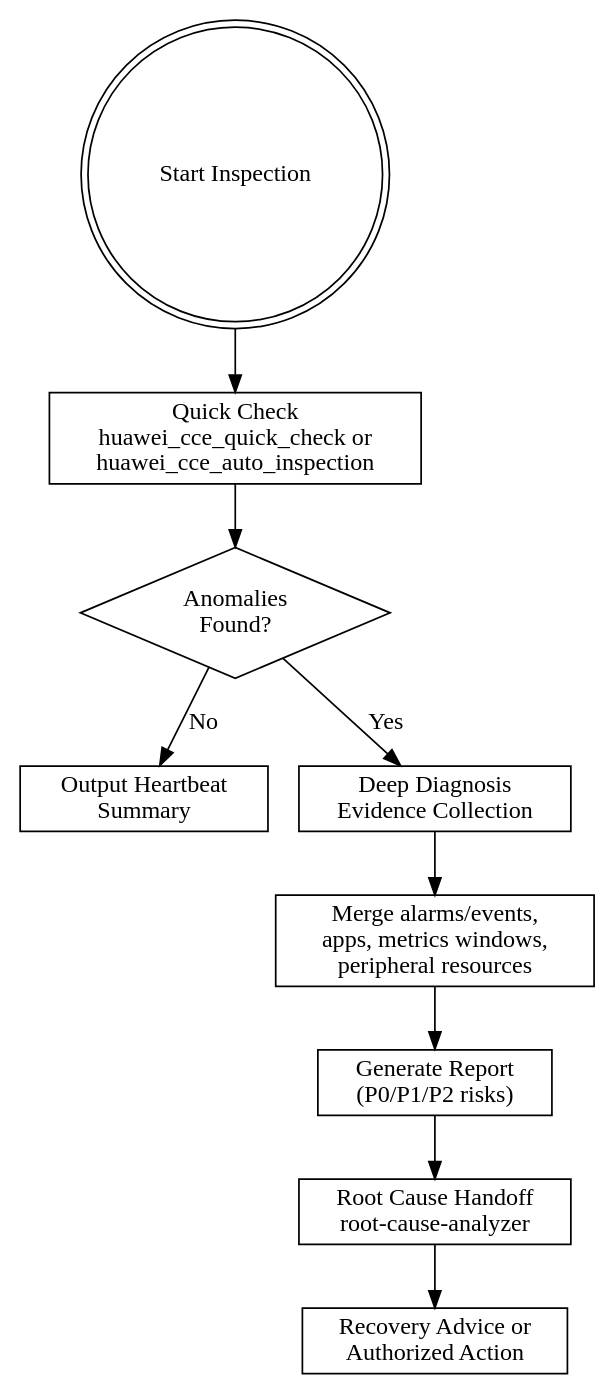
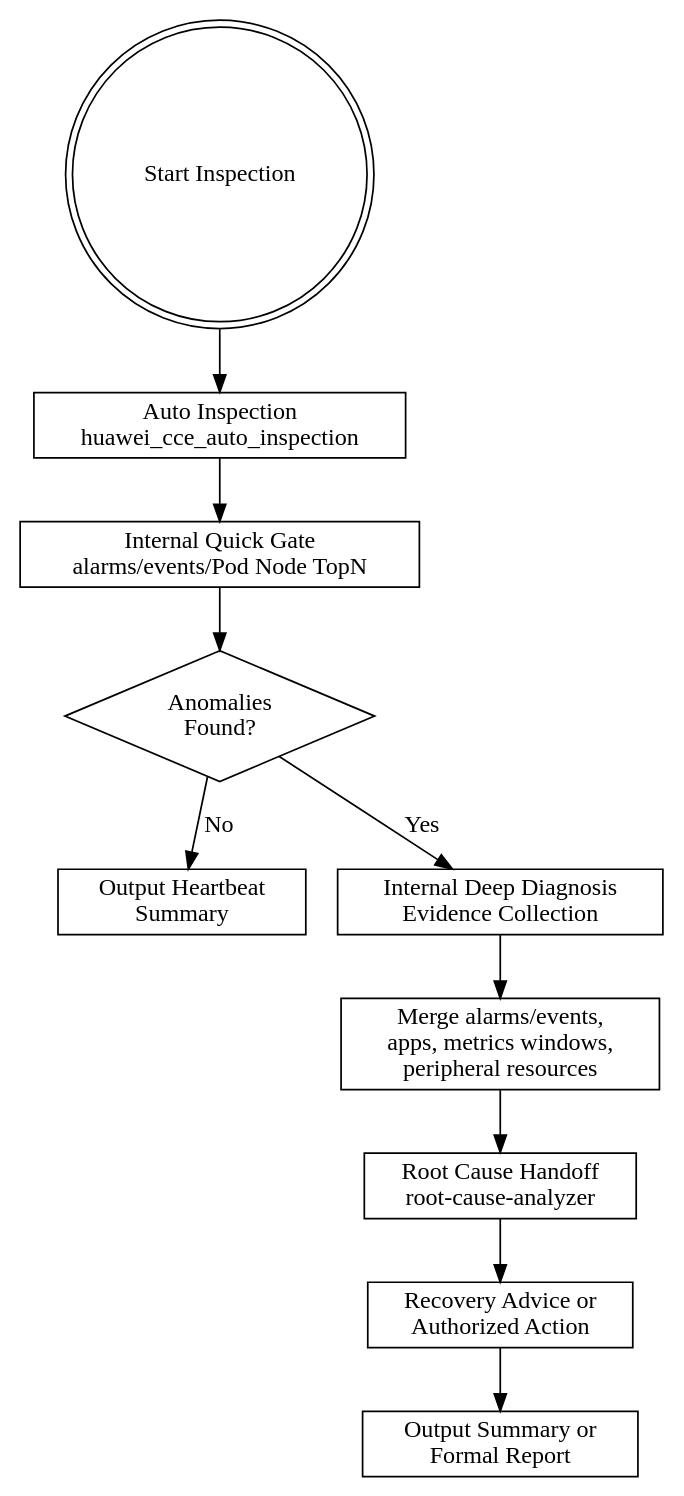
Before and after one commit to pancake0001/huawei-cloudnative-skills: the diagram in releases/container/cce/huawei-cloud-cce-daily-cluster-inspector/SKILL.md, drawn with Graphviz. The commit also changed other lines of this file, not shown here.

Commit message:
Clarify CCE inspector workflow entrypoint

````diff
--- a/releases/container/cce/huawei-cloud-cce-daily-cluster-inspector/SKILL.md
+++ b/releases/container/cce/huawei-cloud-cce-daily-cluster-inspector/SKILL.md
@@ -78,23 +78,25 @@
 ```dot
 digraph inspection_flow {
     rankdir=TB;
     start [shape=doublecircle label="Start Inspection"];
-    quick [shape=box label="Quick Check\nhuawei_cce_quick_check or\nhuawei_cce_auto_inspection"];
+    auto [shape=box label="Auto Inspection\nhuawei_cce_auto_inspection"];
+    quick [shape=box label="Internal Quick Gate\nalarms/events/Pod Node TopN"];
     healthy [shape=box label="Output Heartbeat\nSummary"];
     anomaly [shape=diamond label="Anomalies\nFound?"];
-    deep [shape=box label="Deep Diagnosis\nEvidence Collection"];
+    deep [shape=box label="Internal Deep Diagnosis\nEvidence Collection"];
     classify [shape=box label="Merge alarms/events,\napps, metrics windows,\nperipheral resources"];
-    report [shape=box label="Generate Report\n(P0/P1/P2 risks)"];
     rca [shape=box label="Root Cause Handoff\nroot-cause-analyzer"];
     remediation [shape=box label="Recovery Advice or\nAuthorized Action"];
+    report [shape=box label="Output Summary or\nFormal Report"];
 
-    start -> quick;
+    start -> auto;
+    auto -> quick;
     quick -> anomaly;
     anomaly -> healthy [label="No"];
     anomaly -> deep [label="Yes"];
     deep -> classify;
-    classify -> report;
-    report -> rca;
+    classify -> rca;
     rca -> remediation;
+    remediation -> report;
 }
 ```
````
